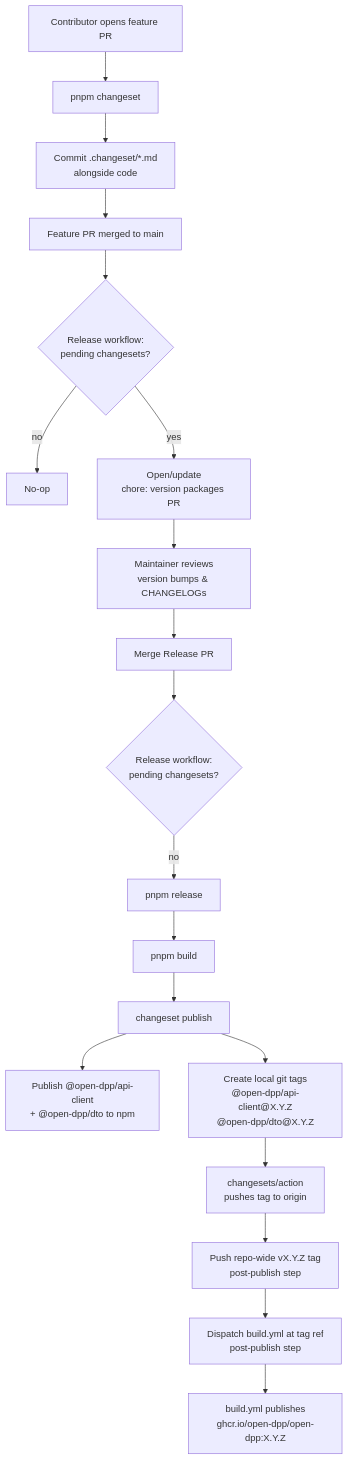
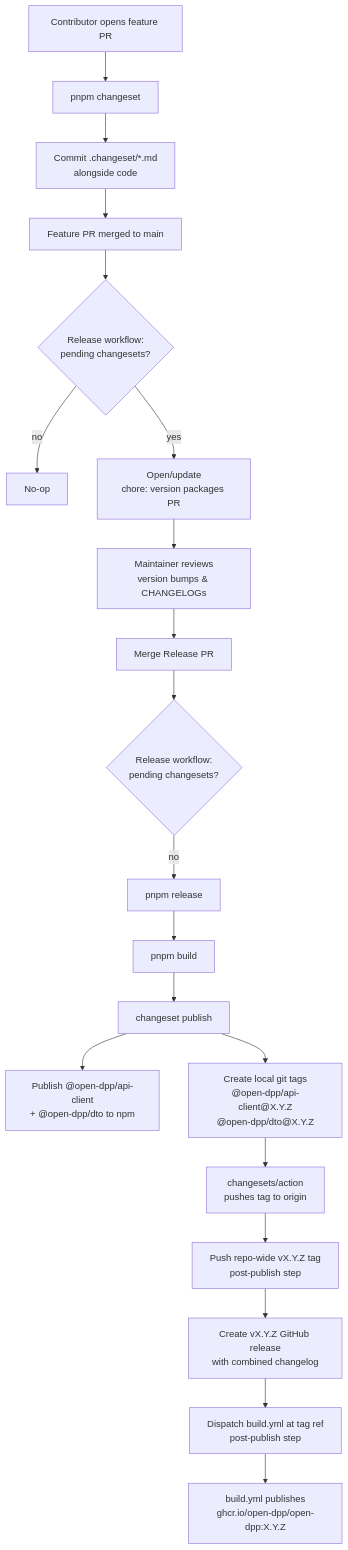
Before and after one commit to open-dpp/open-dpp: the first of 2 diagrams in RELEASING.md, drawn with Mermaid. The commit also changed other lines of this file and 4 other files, not shown here.

````diff
--- a/RELEASING.md
+++ b/RELEASING.md
@@ -17,21 +17,22 @@
 ```mermaid
 flowchart TD
     A[Contributor opens feature PR] --> B[pnpm changeset]
     B --> C[Commit .changeset/*.md<br/>alongside code]
     C --> D[Feature PR merged to main]
     D --> E{Release workflow:<br/>pending changesets?}
     E -- no --> Z[No-op]
     E -- yes --> F[Open/update<br/>chore: version packages PR]
     F --> G[Maintainer reviews<br/>version bumps & CHANGELOGs]
     G --> H[Merge Release PR]
     H --> I{Release workflow:<br/>pending changesets?}
     I -- no --> J[pnpm release]
     J --> K[pnpm build]
     K --> L[changeset publish]
     L --> M[Publish @open-dpp/api-client<br/>+ @open-dpp/dto to npm]
     L --> N[Create local git tags<br/>@open-dpp/api-client@X.Y.Z<br/>@open-dpp/dto@X.Y.Z]
     N --> O[changesets/action<br/>pushes tag to origin]
     O --> P[Push repo-wide vX.Y.Z tag<br/>post-publish step]
-    P --> Q[Dispatch build.yml at tag ref<br/>post-publish step]
+    P --> P2[Create vX.Y.Z GitHub release<br/>with combined changelog]
+    P2 --> Q[Dispatch build.yml at tag ref<br/>post-publish step]
     Q --> R[build.yml publishes<br/>ghcr.io/open-dpp/open-dpp:X.Y.Z]
 ```
````
